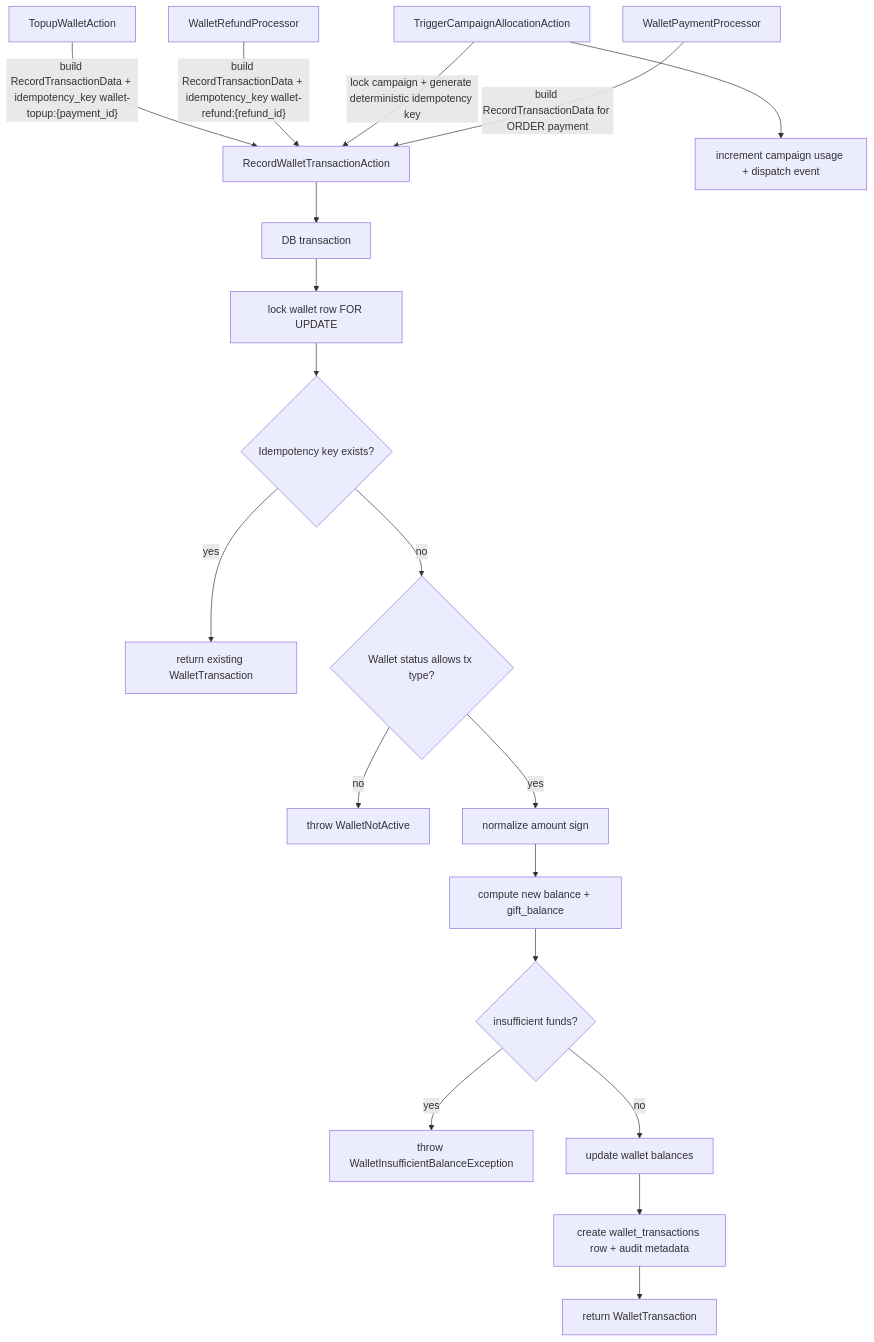
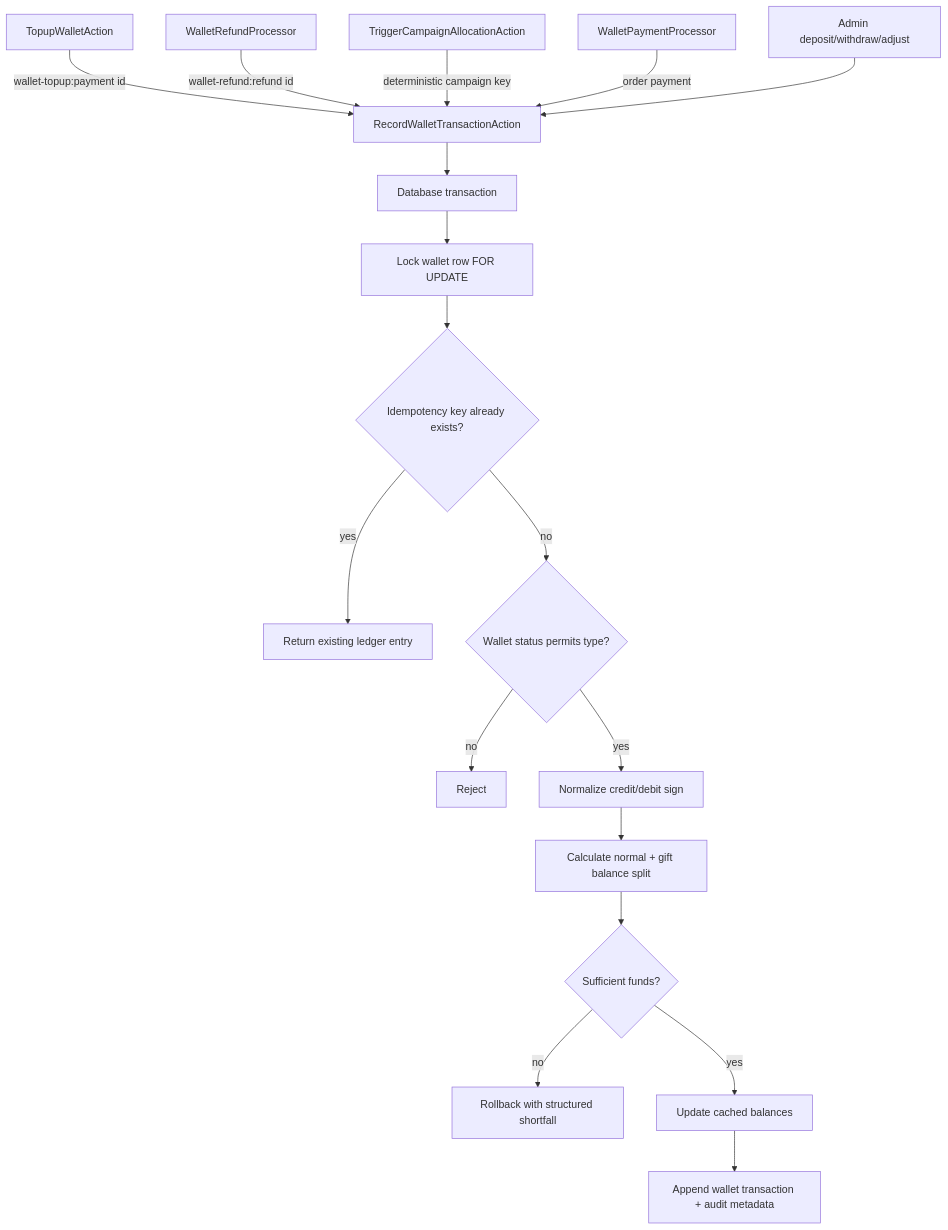
The first of 3 diagrams in docs/Architecture/Wallet.md (SaeidSharafi/JeduApi), drawn with Mermaid before and after one commit. The commit also changed other lines of this file and 26 other files, not shown here.

First line of the commit message:
docs: consolidate architecture documentation

````diff
--- a/docs/Architecture/Wallet.md
+++ b/docs/Architecture/Wallet.md
@@ -5,23 +9,21 @@
 ```mermaid
 flowchart TB
-    A[TopupWalletAction] -->|"build RecordTransactionData + idempotency_key wallet-topup:{payment_id}"| R[RecordWalletTransactionAction]
-    B[WalletRefundProcessor] -->|"build RecordTransactionData + idempotency_key wallet-refund:{refund_id}"| R
-    C[TriggerCampaignAllocationAction] -->|lock campaign + generate deterministic idempotency key| R
-    D[WalletPaymentProcessor] -->|build RecordTransactionData for ORDER payment| R
+    A[TopupWalletAction] -->|wallet-topup:payment id| R[RecordWalletTransactionAction]
+    B[WalletRefundProcessor] -->|wallet-refund:refund id| R
+    C[TriggerCampaignAllocationAction] -->|deterministic campaign key| R
+    D[WalletPaymentProcessor] -->|order payment| R
+    E[Admin deposit/withdraw/adjust] --> R
 
-    R --> E[DB transaction]
-    E --> F[lock wallet row FOR UPDATE]
-    F --> G{Idempotency key exists?}
-    G -->|yes| H[return existing WalletTransaction]
-    G -->|no| I{Wallet status allows tx type?}
-    I -->|no| X[throw WalletNotActive]
-    I -->|yes| J[normalize amount sign]
-    J --> K[compute new balance + gift_balance]
-    K --> L{insufficient funds?}
-    L -->|yes| Y[throw WalletInsufficientBalanceException]
-    L -->|no| M[update wallet balances]
-    M --> N[create wallet_transactions row + audit metadata]
-    N --> O[return WalletTransaction]
-
-    C --> P[increment campaign usage + dispatch event]
+    R --> TX[Database transaction]
+    TX --> L[Lock wallet row FOR UPDATE]
+    L --> I{Idempotency key already exists?}
+    I -->|yes| EXISTING[Return existing ledger entry]
+    I -->|no| S{Wallet status permits type?}
+    S -->|no| DENY[Reject]
+    S -->|yes| SIGN[Normalize credit/debit sign]
+    SIGN --> SPLIT[Calculate normal + gift balance split]
+    SPLIT --> FUNDS{Sufficient funds?}
+    FUNDS -->|no| INSUFFICIENT[Rollback with structured shortfall]
+    FUNDS -->|yes| UPDATE[Update cached balances]
+    UPDATE --> APPEND[Append wallet transaction + audit metadata]
 ```
````
